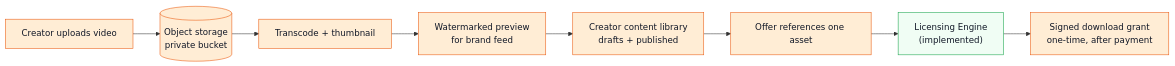
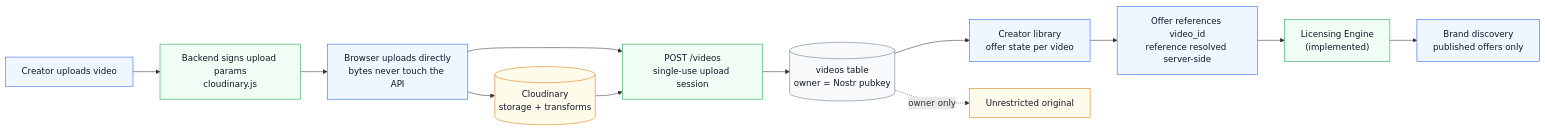
Before and after one commit to Aishagojo/ANZA: the third of 3 diagrams in README.md, drawn with Mermaid. The commit also changed other lines of this file, not shown here.

````diff
--- a/README.md
+++ b/README.md
@@ -455,19 +486,26 @@
 ```mermaid
 flowchart LR
-    C[Creator uploads video] --> ST[(Object storage<br/>private bucket)]
-    ST --> TR["Transcode + thumbnail"]
-    TR --> WM["Watermarked preview<br/>for brand feed"]
-    WM --> LIB["Creator content library<br/>drafts + published"]
-    LIB --> OFF["Offer references one asset"]
+    C[Creator uploads video] --> AUTH["Backend signs upload params<br/>cloudinary.js"]
+    AUTH --> UP[Browser uploads directly<br/>bytes never touch the API]
+    UP --> CL[(Cloudinary<br/>storage + transforms)]
+    UP --> REG["POST /videos<br/>single-use upload session"]
+    CL --> REG
+    REG --> VID[(videos table<br/>owner = Nostr pubkey)]
+    VID --> LIB["Creator library<br/>offer state per video"]
+    LIB --> OFF["Offer references video_id<br/>reference resolved server-side"]
     OFF --> ENG["Licensing Engine<br/>(implemented)"]
-    ENG --> DL["Signed download grant<br/>one-time, after payment"]
+    ENG --> DISC["Brand discovery<br/>published offers only"]
+    VID -.->|"owner only"| DL["Unrestricted original"]
 
-    style C fill:#FFEDD5,stroke:#EA580C,color:#111827
-    style ST fill:#FFEDD5,stroke:#EA580C,color:#111827
-    style TR fill:#FFEDD5,stroke:#EA580C,color:#111827
-    style WM fill:#FFEDD5,stroke:#EA580C,color:#111827
-    style LIB fill:#FFEDD5,stroke:#EA580C,color:#111827
-    style OFF fill:#FFEDD5,stroke:#EA580C,color:#111827
+    style C fill:#EFF6FF,stroke:#2563EB,color:#111827
+    style AUTH fill:#F0FDF4,stroke:#16A34A,color:#111827
+    style UP fill:#EFF6FF,stroke:#2563EB,color:#111827
+    style CL fill:#FFFBEB,stroke:#D97706,color:#111827
+    style REG fill:#F0FDF4,stroke:#16A34A,color:#111827
+    style VID fill:#F8FAFC,stroke:#64748B,color:#111827
+    style LIB fill:#EFF6FF,stroke:#2563EB,color:#111827
+    style OFF fill:#EFF6FF,stroke:#2563EB,color:#111827
     style ENG fill:#F0FDF4,stroke:#16A34A,color:#111827
-    style DL fill:#FFEDD5,stroke:#EA580C,color:#111827
+    style DISC fill:#EFF6FF,stroke:#2563EB,color:#111827
+    style DL fill:#FFFBEB,stroke:#D97706,color:#111827
 ```
````
